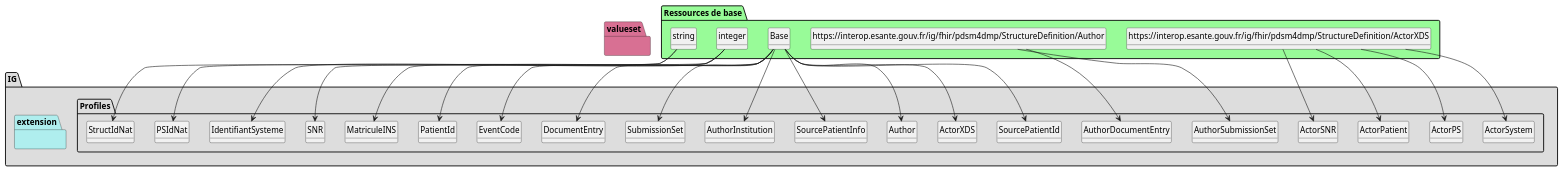
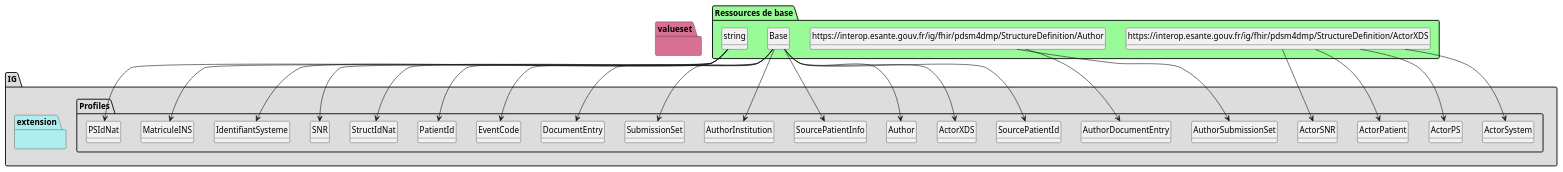
One commit to ansforge/IG-FHIR-PDSM4DMP-EEDS changed the diagram in add-info-dmp/plantuml/graph.puml. Above: the diagram before and after it, drawn with PlantUML. The commit also changed 394 other files, not shown here.

```diff
--- a/add-info-dmp/plantuml/graph.puml
+++ b/add-info-dmp/plantuml/graph.puml
@@ -10,7 +10,7 @@
         class ActorPS{
 
              ActorPS => [None..None]
-             ActorPS.XCN1 => [None..None]
+             ActorPS.XCN1[x] => [None..None]
              ActorPS.XCN2 => [None..None]
              ActorPS.XCN3 => [None..None]
              ActorPS.XCN9.composant2 => [None..None]
@@ -21,7 +21,7 @@
         class ActorPatient{
 
              ActorPatient => [None..None]
-             ActorPatient.XCN1 => [None..None]
+             ActorPatient.XCN1[x] => [None..None]
              ActorPatient.XCN2 => [None..None]
              ActorPatient.XCN3 => [None..None]
              ActorPatient.XCN9.composant2 => [None..None]
@@ -32,7 +32,7 @@
         class ActorSNR{
 
              ActorSNR => [None..None]
-             ActorSNR.XCN1 => [None..None]
+             ActorSNR.XCN1[x] => [None..None]
              ActorSNR.XCN2 => [None..None]
              ActorSNR.XCN3 => [None..None]
              ActorSNR.XCN9.composant2 => [None..None]
@@ -43,7 +43,7 @@
         class ActorSystem{
 
              ActorSystem => [None..None]
-             ActorSystem.XCN1 => [None..None]
+             ActorSystem.XCN1[x] => [None..None]
              ActorSystem.XCN2 => [None..None]
              ActorSystem.XCN3 => [None..None]
              ActorSystem.XCN9.composant2 => [None..None]
@@ -54,7 +54,7 @@
         class ActorXDS{
 
              ActorXDS => [None..None]
-             ActorXDS.XCN1 => [1..1]
+             ActorXDS.XCN1[x] => [1..1]
              ActorXDS.XCN2 => [1..1]
              ActorXDS.XCN3 => [1..1]
              ActorXDS.XCN9 => [1..1]
@@ -272,13 +272,13 @@
 
     class095a1b43effec73955e31e790438de49 --> EventCode
 
- class "integer" as  class157db7df530023575515d366c9b672e8 
+ class "string" as  classb45cffe084dd3d20d928bee85e7b0f21 
 
-    class157db7df530023575515d366c9b672e8 --> IdentifiantSysteme
+    classb45cffe084dd3d20d928bee85e7b0f21 --> IdentifiantSysteme
 
- class "integer" as  class157db7df530023575515d366c9b672e8 
+ class "string" as  classb45cffe084dd3d20d928bee85e7b0f21 
 
-    class157db7df530023575515d366c9b672e8 --> MatriculeINS
+    classb45cffe084dd3d20d928bee85e7b0f21 --> MatriculeINS
 
  class "string" as  classb45cffe084dd3d20d928bee85e7b0f21 
 
@@ -288,9 +288,9 @@
 
     class095a1b43effec73955e31e790438de49 --> PatientId
 
- class "integer" as  class157db7df530023575515d366c9b672e8 
+ class "string" as  classb45cffe084dd3d20d928bee85e7b0f21 
 
-    class157db7df530023575515d366c9b672e8 --> SNR
+    classb45cffe084dd3d20d928bee85e7b0f21 --> SNR
 
  class "Base" as  class095a1b43effec73955e31e790438de49 
 
```
